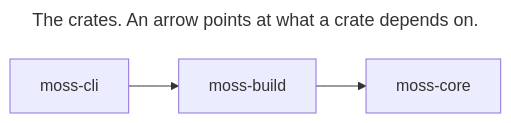
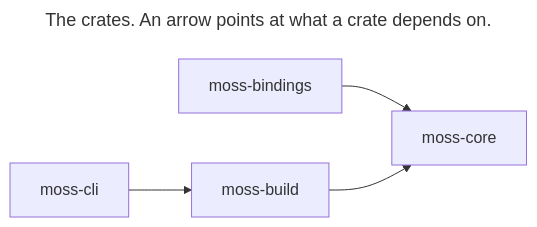
The second of 2 diagrams in ARCHITECTURE.md (Symbiosis-Lab/moss), drawn with Mermaid before and after one commit. The commit also changed other lines of this file and 12 other files, not shown here.

First line of the commit message:
feat(moss-bindings): one JSON boundary for moss-core's page API in WebAssembly and Swift

````diff
--- a/ARCHITECTURE.md
+++ b/ARCHITECTURE.md
@@ -64,11 +65,13 @@
 ```mermaid
 ---
 title: The crates. An arrow points at what a crate depends on.
 ---
 flowchart LR
+    moss_bindings["moss-bindings"]:::crate
     moss_build["moss-build"]:::crate
     moss_cli["moss-cli"]:::crate
     moss_core["moss-core"]:::crate
+    moss_bindings --> moss_core
     moss_build --> moss_core
     moss_cli --> moss_build
 ```
````
